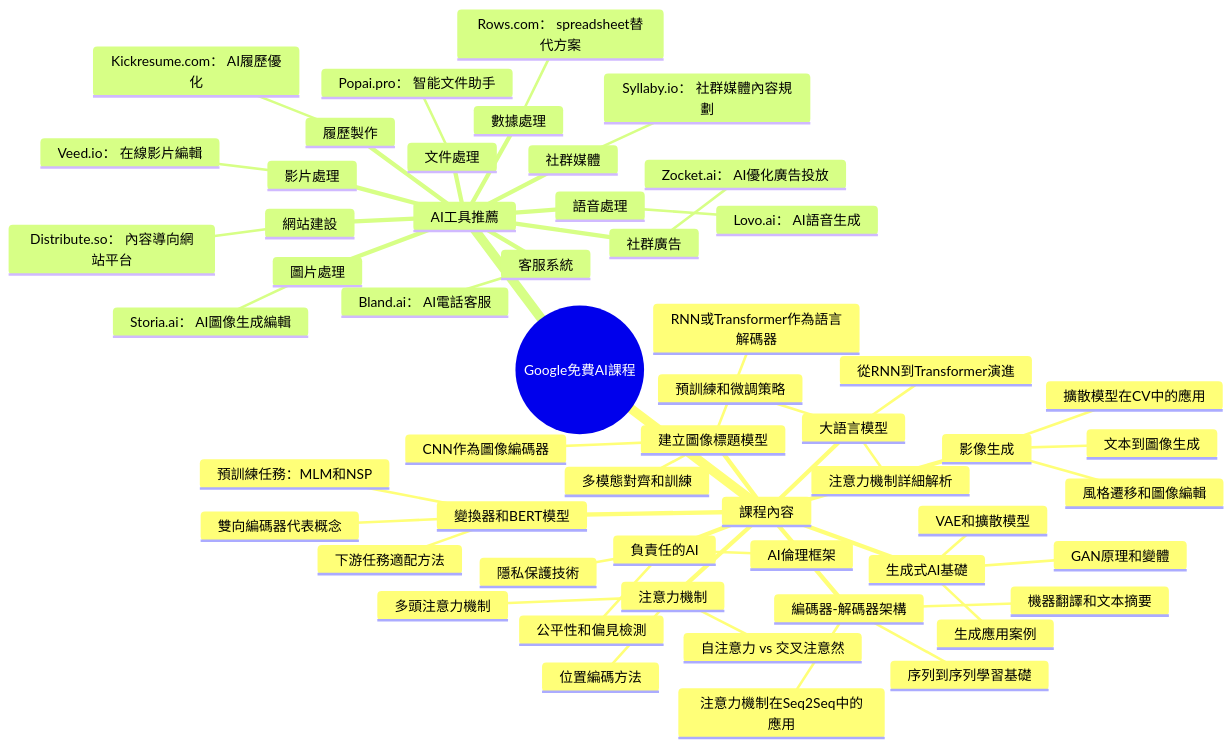
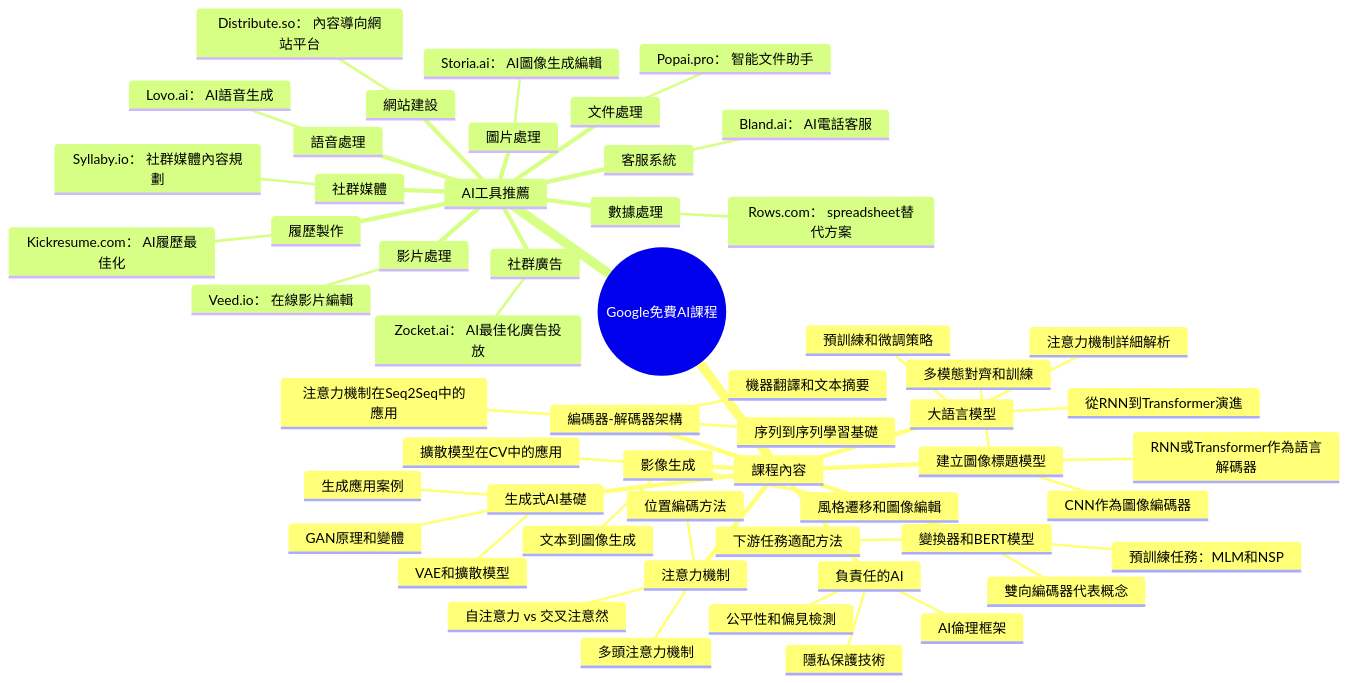
Before and after one commit to xansxuss/OBSIDIAN_NOTES: the diagram in LLM_Wiki/wiki/AI_system/google-ai-courses.md, drawn with Mermaid. The commit also changed other lines of this file and 288 other files, not shown here.

````diff
--- a/LLM_Wiki/wiki/AI_system/google-ai-courses.md
+++ b/LLM_Wiki/wiki/AI_system/google-ai-courses.md
@@ -45,58 +58,58 @@
 ```mermaid
 mindmap
   root((Google免費AI課程))
     課程內容
       生成式AI基礎
         GAN原理和變體
         VAE和擴散模型
         生成應用案例
       大語言模型
         從RNN到Transformer演進
         注意力機制詳細解析
         預訓練和微調策略
       負責任的AI
         公平性和偏見檢測
         隱私保護技術
         AI倫理框架
       影像生成
         文本到圖像生成
         風格遷移和圖像編輯
         擴散模型在CV中的應用
       編碼器-解碼器架構
         序列到序列學習基礎
         注意力機制在Seq2Seq中的應用
         機器翻譯和文本摘要
       注意力機制
         自注意力 vs 交叉注意然
         多頭注意力機制
         位置編碼方法
       變換器和BERT模型
         雙向編碼器代表概念
         預訓練任務：MLM和NSP
         下游任務適配方法
       建立圖像標題模型
         CNN作為圖像編碼器
         RNN或Transformer作為語言解碼器
         多模態對齊和訓練
     AI工具推薦
       數據處理
         Rows.com： spreadsheet替代方案
       語音處理
         Lovo.ai： AI語音生成
       影片處理
         Veed.io： 在線影片編輯
       圖片處理
         Storia.ai： AI圖像生成編輯
       客服系統
         Bland.ai： AI電話客服
       文件處理
         Popai.pro： 智能文件助手
       履歷製作
-        Kickresume.com： AI履歷優化
+        Kickresume.com： AI履歷最佳化
       網站建設
         Distribute.so： 內容導向網站平台
       社群廣告
-        Zocket.ai： AI優化廣告投放
+        Zocket.ai： AI最佳化廣告投放
       社群媒體
         Syllaby.io： 社群媒體內容規劃
 ```
````
